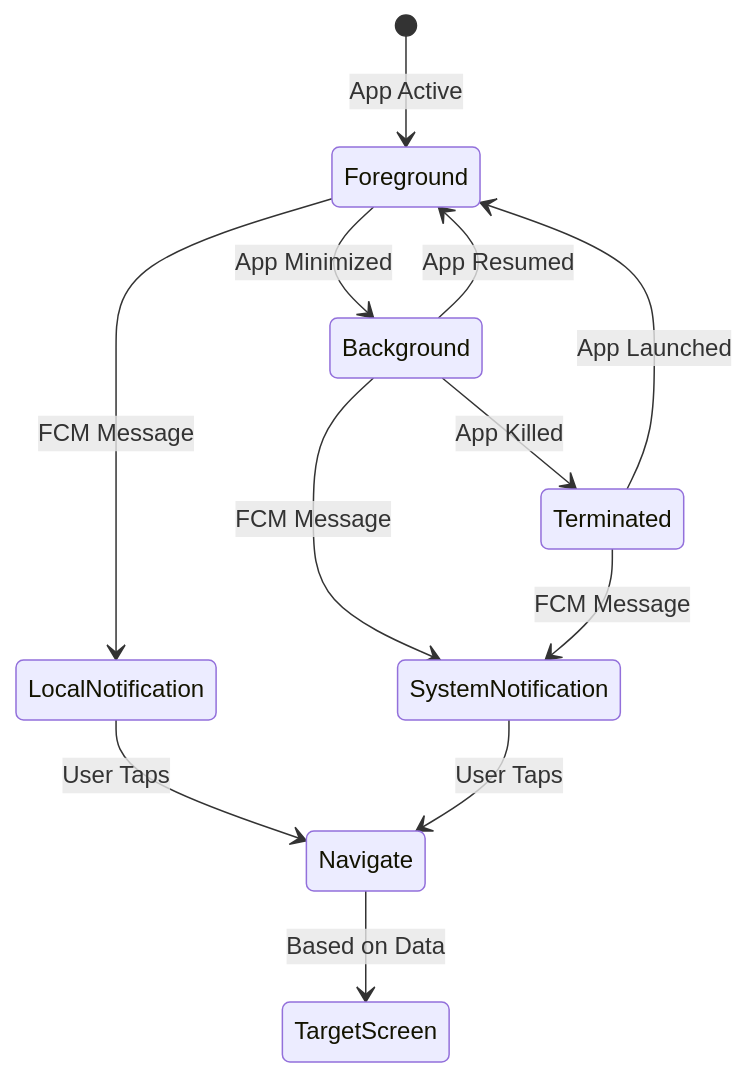
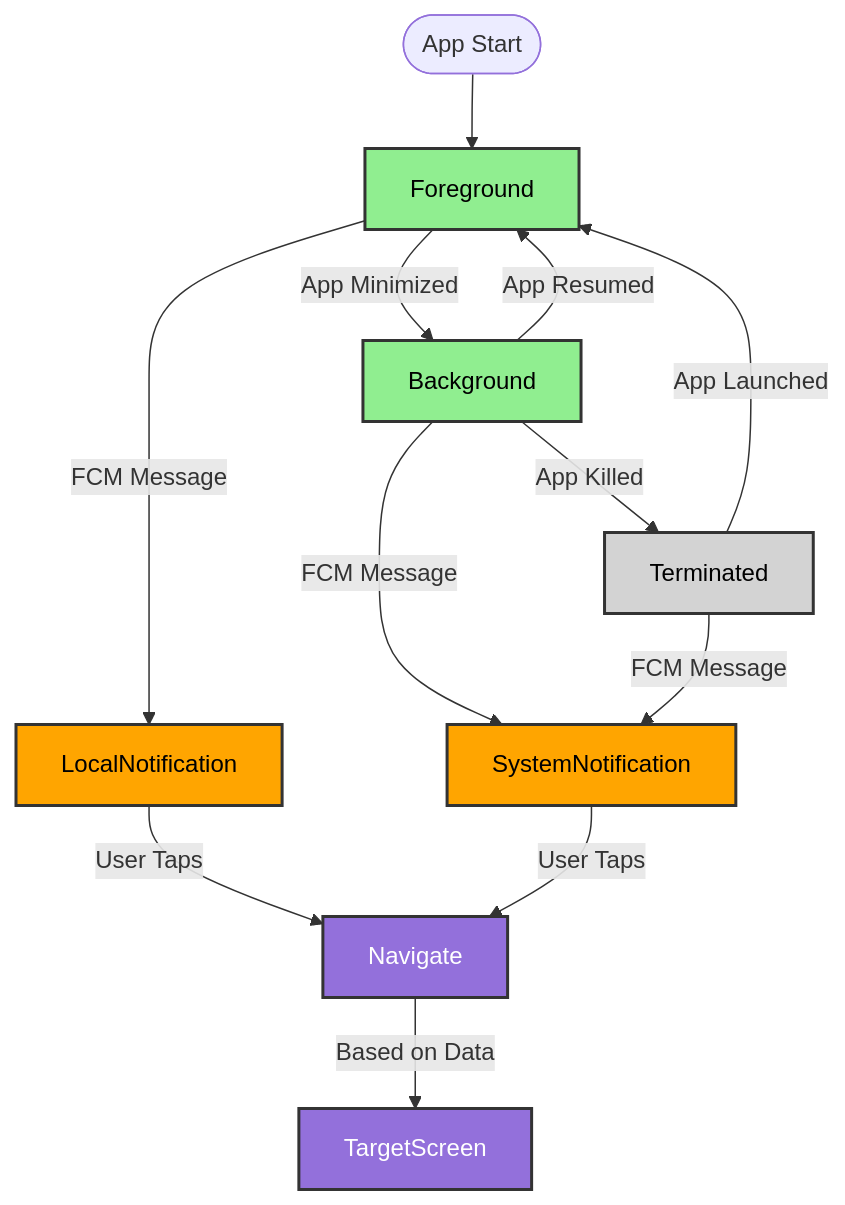
Before and after one commit to ShishirRijal/flutter-fcm-notifications: the second of 2 diagrams in README.md, drawn with Mermaid.

````diff
--- a/README.md
+++ b/README.md
@@ -160,16 +160,27 @@
 ```mermaid
-stateDiagram-v2
-    [*] --> Foreground: App Active
-    Foreground --> Background: App Minimized
-    Background --> Terminated: App Killed
-    Background --> Foreground: App Resumed
-    Terminated --> Foreground: App Launched
-
-    Foreground --> LocalNotification: FCM Message
-    Background --> SystemNotification: FCM Message
-    Terminated --> SystemNotification: FCM Message
-
-    LocalNotification --> Navigate: User Taps
-    SystemNotification --> Navigate: User Taps
-    Navigate --> TargetScreen: Based on Data
+flowchart TD
+    Start([App Start]) --> Foreground[Foreground]
+    Foreground --> |App Minimized| Background[Background]
+    Background --> |App Killed| Terminated[Terminated]
+    Background --> |App Resumed| Foreground
+    Terminated --> |App Launched| Foreground
+    
+    Foreground --> |FCM Message| LocalNotification[LocalNotification]
+    Background --> |FCM Message| SystemNotification[SystemNotification]
+    Terminated --> |FCM Message| SystemNotification
+    
+    LocalNotification --> |User Taps| Navigate[Navigate]
+    SystemNotification --> |User Taps| Navigate
+    Navigate --> |Based on Data| TargetScreen[TargetScreen]
+    
+    %% Color coding by functional groups
+    classDef appStates fill:#90EE90,stroke:#333,stroke-width:2px,color:#000
+    classDef notifications fill:#FFA500,stroke:#333,stroke-width:2px,color:#000
+    classDef navigation fill:#9370DB,stroke:#333,stroke-width:2px,color:#fff
+    classDef inactive fill:#D3D3D3,stroke:#333,stroke-width:2px,color:#000
+    
+    class Foreground,Background appStates
+    class Terminated inactive
+    class LocalNotification,SystemNotification notifications
+    class Navigate,TargetScreen navigation
 ```
````
